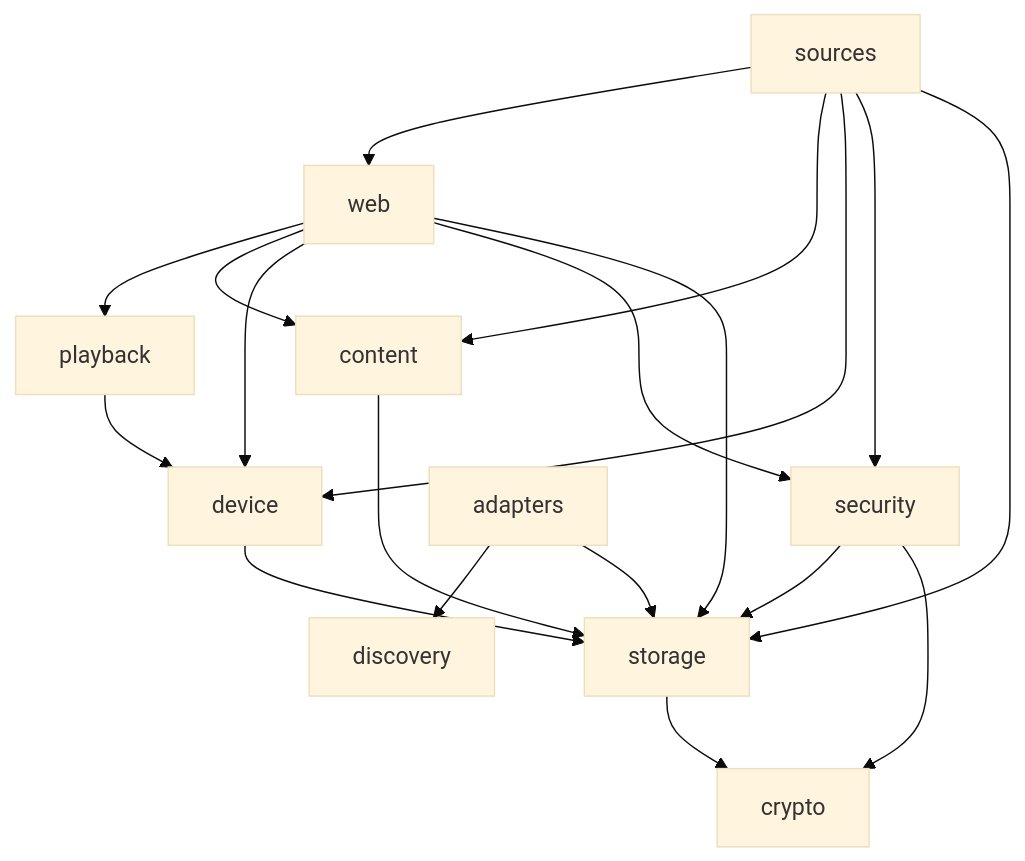
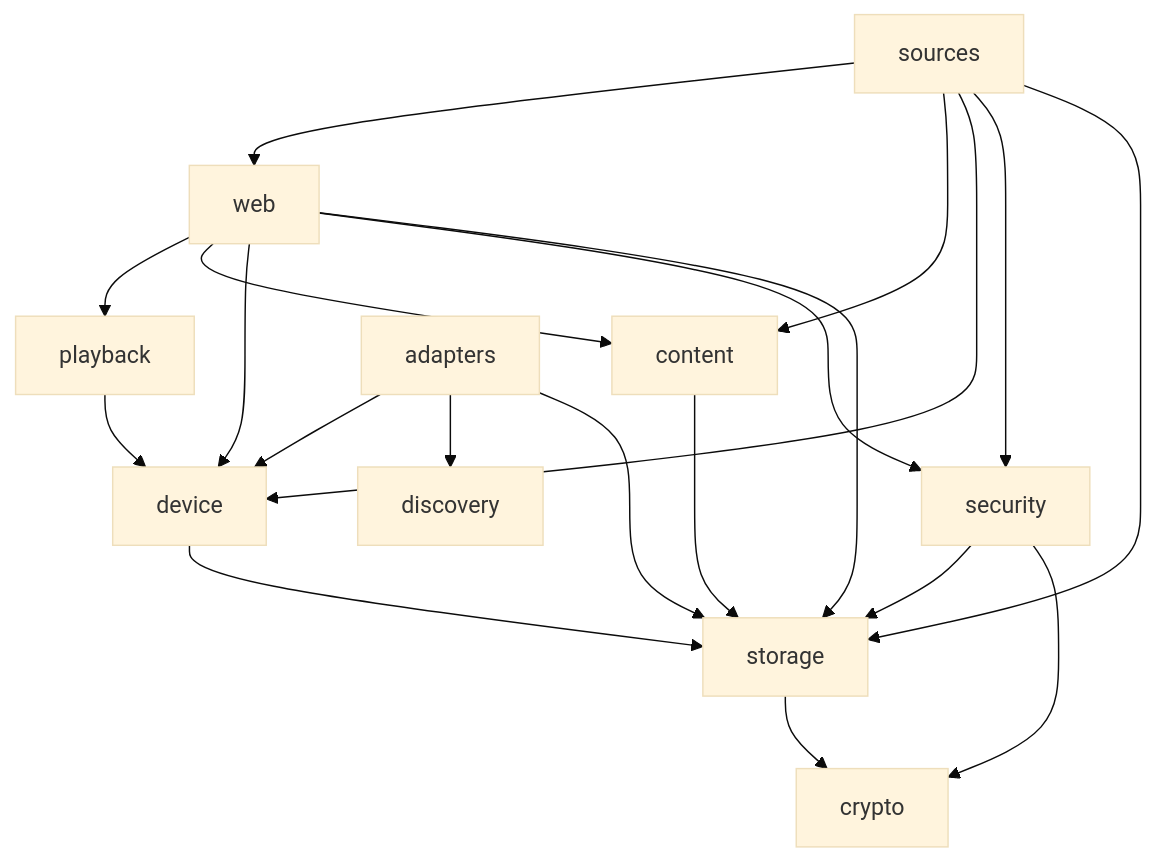
Before and after one commit to Yukuhu/home-control: the diagram in docs/dev/architecture.md, drawn with Mermaid (base theme). The commit also changed other lines of this file and 8 other files, not shown here.

````diff
--- a/docs/dev/architecture.md
+++ b/docs/dev/architecture.md
@@ -32,21 +32,22 @@
 ```mermaid
 flowchart TD
     sources --> web
     sources --> content
     sources --> device
     sources --> security
     sources --> storage
     web --> playback
     web --> content
     web --> device
     web --> security
     web --> storage
     playback --> device
     content --> storage
     device --> storage
+    adapters --> device
     adapters --> discovery
     adapters --> storage
     security --> storage
     security --> crypto
     storage --> crypto
 ```
````
